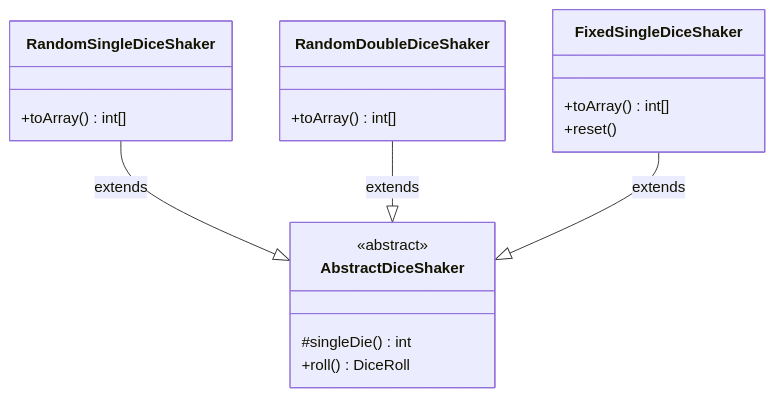
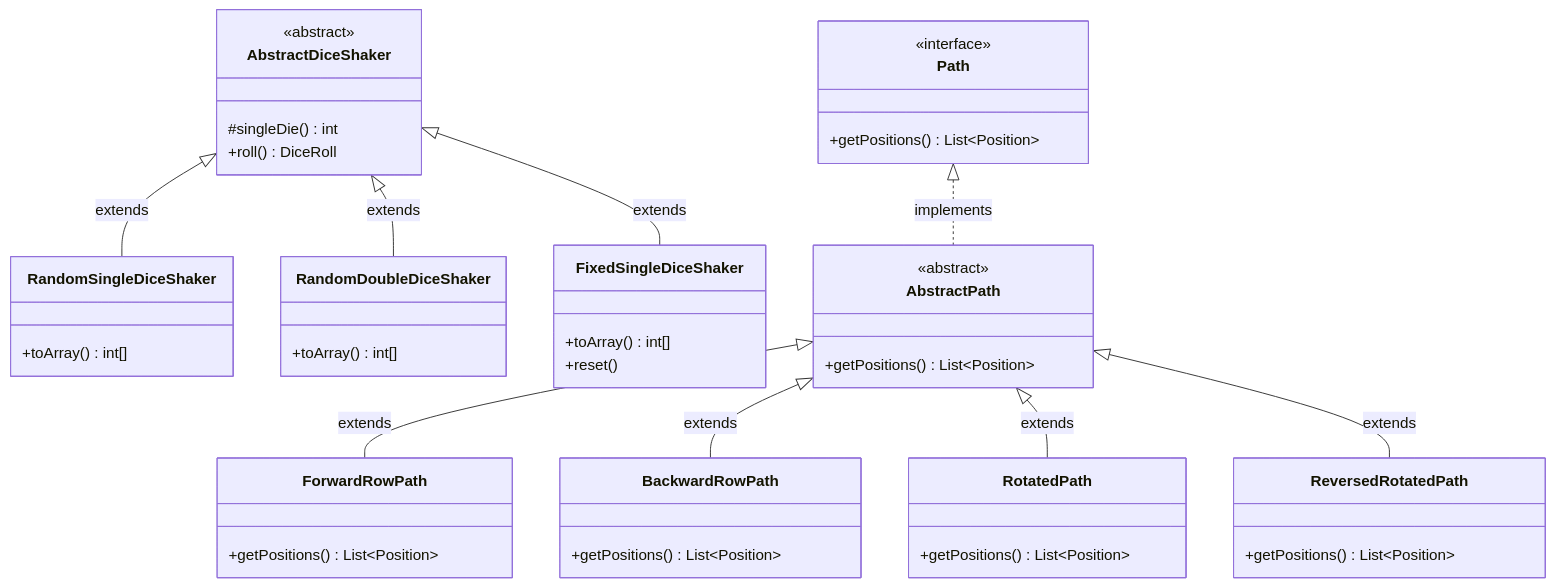
One commit to SirRmelTheThird/HyperJump changed the seventh of 7 diagrams in README.md. Above: the diagram before and after it, drawn with Mermaid. The commit also changed other lines of this file, not shown here.

````diff
--- a/README.md
+++ b/README.md
@@ -235,22 +276,47 @@
 ```mermaid
 classDiagram
     class AbstractDiceShaker {
         <<abstract>>
         #singleDie() int
         +roll() DiceRoll
     }
     class RandomSingleDiceShaker {
         +toArray() int[]
     }
     class RandomDoubleDiceShaker {
         +toArray() int[]
     }
     class FixedSingleDiceShaker {
         +toArray() int[]
         +reset()
     }
+    class Path {
+        <<interface>>
+        +getPositions() List~Position~
+    }
+    class AbstractPath {
+        <<abstract>>
+        +getPositions() List~Position~
+    }
+    class ForwardRowPath {
+        +getPositions() List~Position~
+    }
+    class BackwardRowPath {
+        +getPositions() List~Position~
+    }
+    class RotatedPath {
+        +getPositions() List~Position~
+    }
+    class ReversedRotatedPath {
+        +getPositions() List~Position~
+    }
 
-    RandomSingleDiceShaker --|> AbstractDiceShaker : extends
-    RandomDoubleDiceShaker --|> AbstractDiceShaker : extends
-    FixedSingleDiceShaker --|> AbstractDiceShaker : extends
+    AbstractDiceShaker <|-- RandomSingleDiceShaker : extends
+    AbstractDiceShaker <|-- RandomDoubleDiceShaker : extends
+    AbstractDiceShaker <|-- FixedSingleDiceShaker : extends
+    Path <|.. AbstractPath : implements
+    AbstractPath <|-- ForwardRowPath : extends
+    AbstractPath <|-- BackwardRowPath : extends
+    AbstractPath <|-- RotatedPath : extends
+    AbstractPath <|-- ReversedRotatedPath : extends
 ```
````
